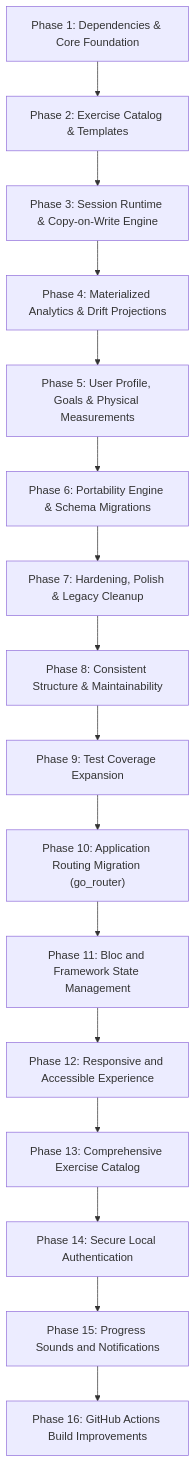
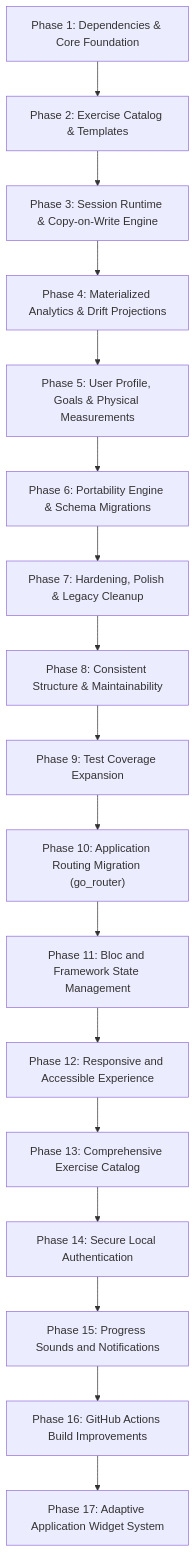
Before and after one commit to 0Vipin0/growth_gauge: the diagram in docs/implementation-plan.md, drawn with Mermaid. The commit also changed other lines of this file and 1 other file, not shown here.

````diff
--- a/docs/implementation-plan.md
+++ b/docs/implementation-plan.md
@@ -75,18 +75,19 @@
 ```mermaid
 flowchart TD
     P1["Phase 1: Dependencies & Core Foundation"] --> P2["Phase 2: Exercise Catalog & Templates"]
     P2 --> P3["Phase 3: Session Runtime & Copy-on-Write Engine"]
     P3 --> P4["Phase 4: Materialized Analytics & Drift Projections"]
     P4 --> P5["Phase 5: User Profile, Goals & Physical Measurements"]
     P5 --> P6["Phase 6: Portability Engine & Schema Migrations"]
     P6 --> P7["Phase 7: Hardening, Polish & Legacy Cleanup"]
     P7 --> P8["Phase 8: Consistent Structure & Maintainability"]
     P8 --> P9["Phase 9: Test Coverage Expansion"]
     P9 --> P10["Phase 10: Application Routing Migration (go_router)"]
     P10 --> P11["Phase 11: Bloc and Framework State Management"]
     P11 --> P12["Phase 12: Responsive and Accessible Experience"]
     P12 --> P13["Phase 13: Comprehensive Exercise Catalog"]
     P13 --> P14["Phase 14: Secure Local Authentication"]
     P14 --> P15["Phase 15: Progress Sounds and Notifications"]
     P15 --> P16["Phase 16: GitHub Actions Build Improvements"]
+    P16 --> P17["Phase 17: Adaptive Application Widget System"]
 ```
````
